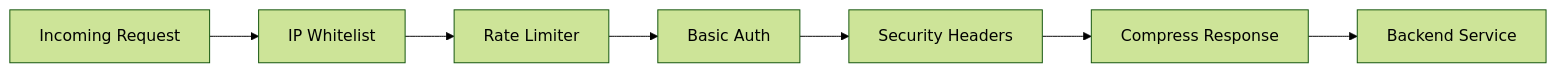
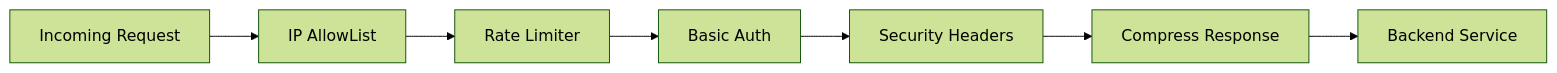
Before and after one commit to OneUptime/blog: the first of 2 diagrams in posts/2026-02-20-traefik-middleware-guide/README.md, drawn with Mermaid (forest theme). The commit also changed other lines of this file and 2 other files, not shown here.

````diff
--- a/posts/2026-02-20-traefik-middleware-guide/README.md
+++ b/posts/2026-02-20-traefik-middleware-guide/README.md
@@ -17,9 +17,9 @@
 ```mermaid
 graph LR
-    A[Incoming Request] --> B[IP Whitelist]
+    A[Incoming Request] --> B[IP AllowList]
     B --> C[Rate Limiter]
     C --> D[Basic Auth]
     D --> E[Security Headers]
     E --> F[Compress Response]
     F --> G[Backend Service]
 ```
````
